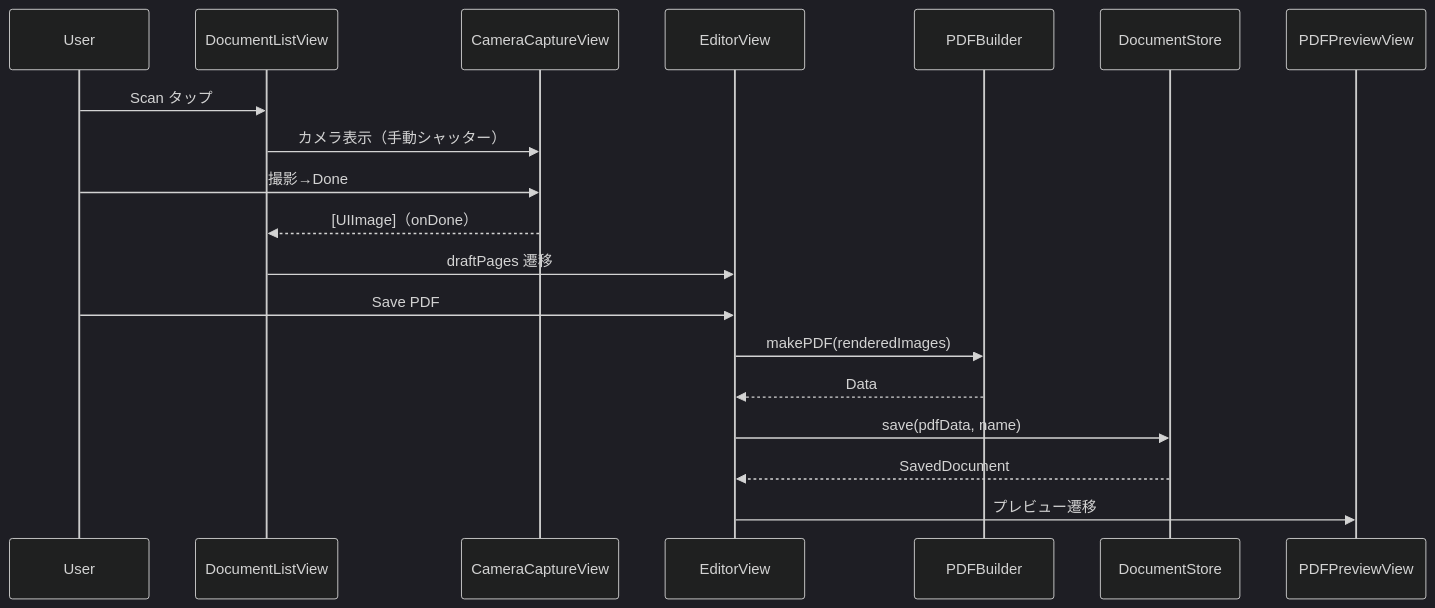
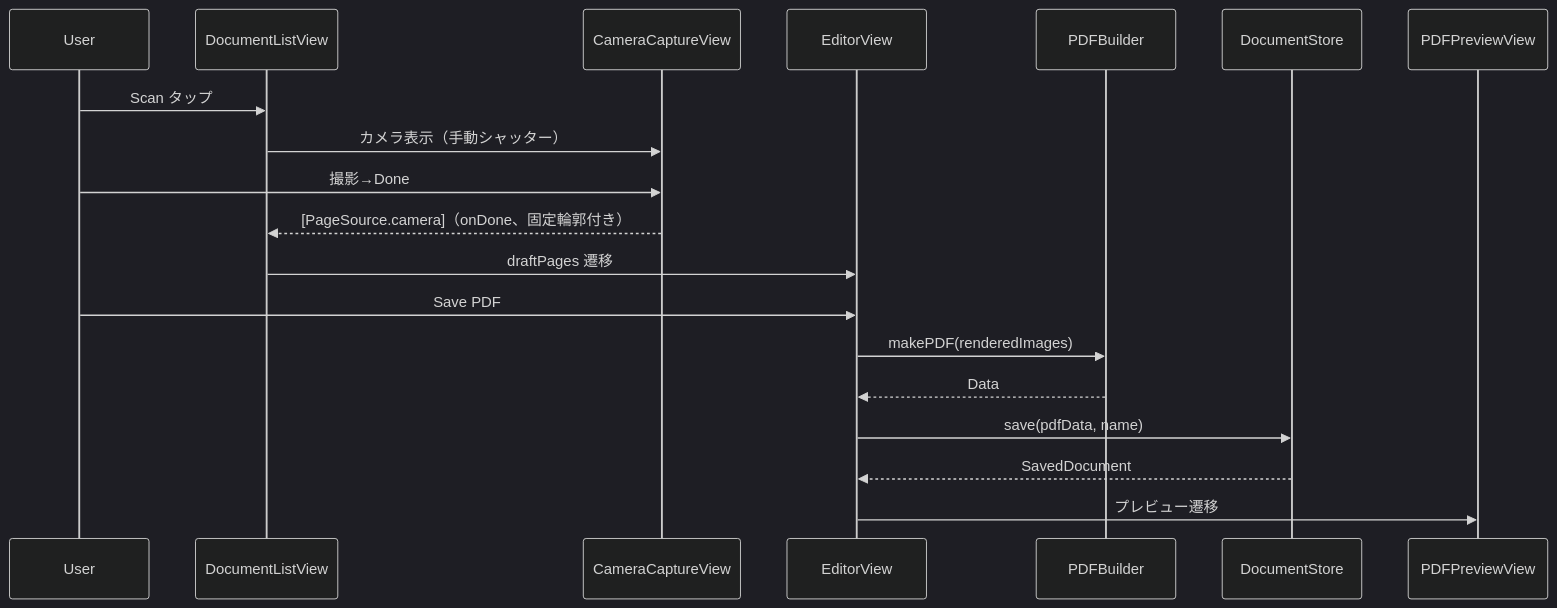
The third of 3 diagrams in DocScanner/Views/README.md (gomurin0428/DocScanner), drawn with Mermaid (dark theme) before and after one commit. The commit also changed other lines of this file and 23 other files, not shown here.

````diff
--- a/DocScanner/Views/README.md
+++ b/DocScanner/Views/README.md
@@ -99,21 +107,21 @@
 ```mermaid
 sequenceDiagram
     participant U as User
     participant L as DocumentListView
     participant C as CameraCaptureView
     participant E as EditorView
     participant B as PDFBuilder
     participant S as DocumentStore
     participant P as PDFPreviewView
     U->>L: Scan タップ
     L->>C: カメラ表示（手動シャッター）
     U->>C: 撮影→Done
-    C-->>L: [UIImage]（onDone）
+    C-->>L: [PageSource.camera]（onDone、固定輪郭付き）
     L->>E: draftPages 遷移
     U->>E: Save PDF
     E->>B: makePDF(renderedImages)
     B-->>E: Data
     E->>S: save(pdfData, name)
     S-->>E: SavedDocument
     E->>P: プレビュー遷移
 ```
````
